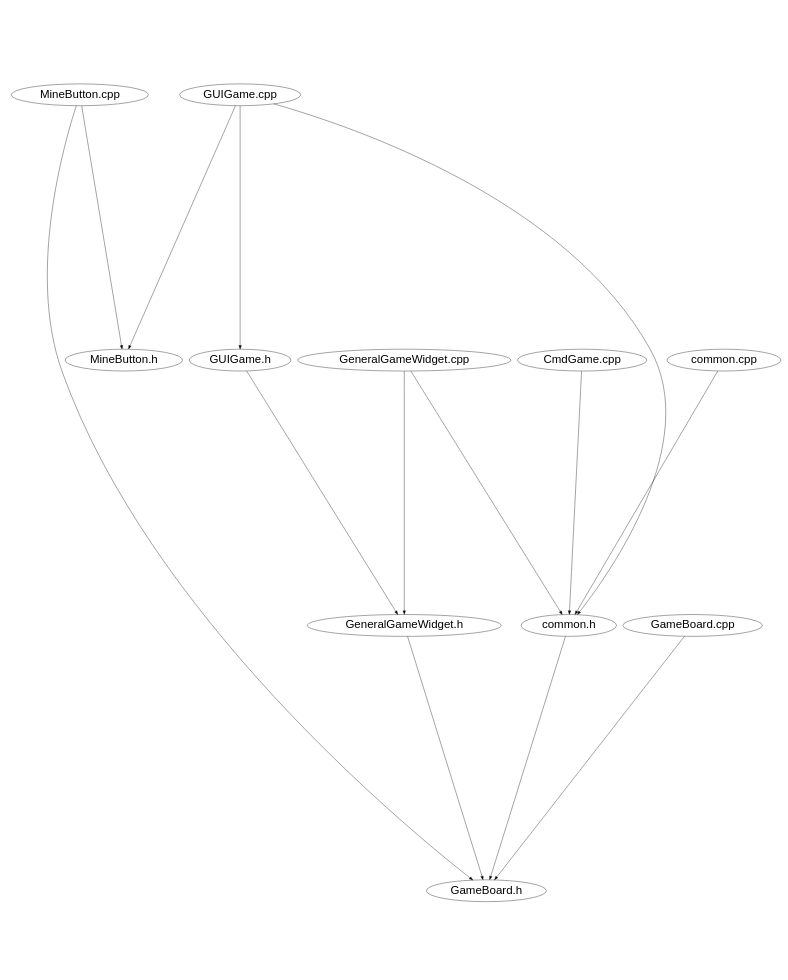
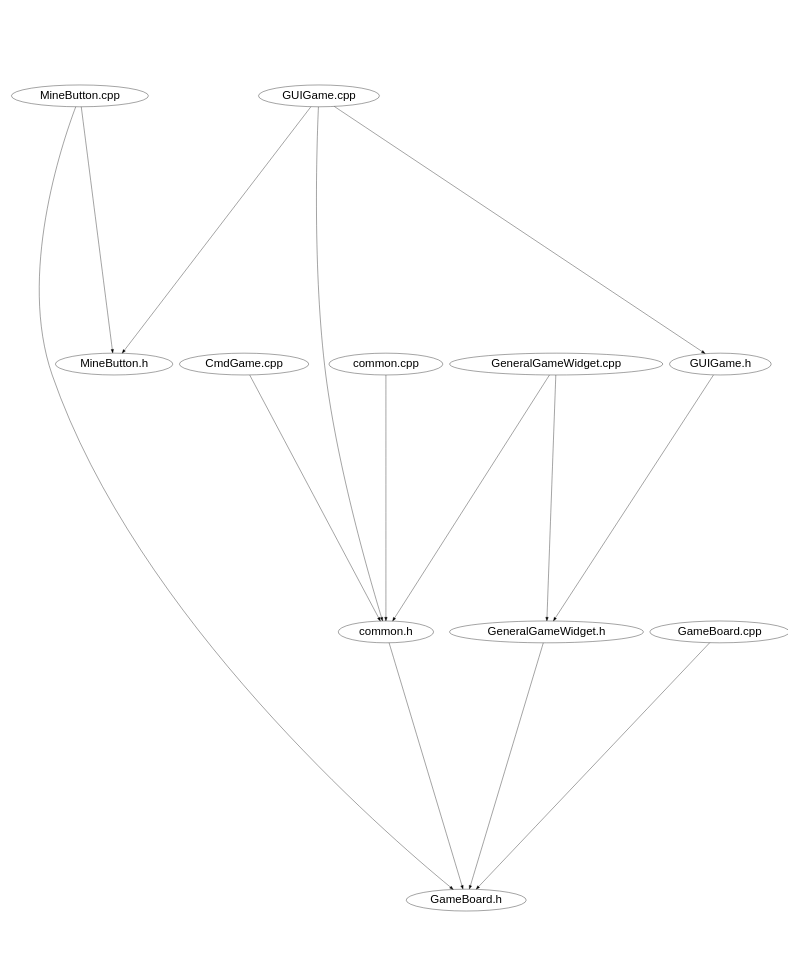
One commit to jeang-bo-yuan/oop-qt-project changed the diagram in minesweeper/doc/Include_Path.dot. Above: the diagram before and after it, drawn with Graphviz. The commit also changed other lines of this file and 4 other files, not shown here.

```diff
--- a/minesweeper/doc/Include_Path.dot
+++ b/minesweeper/doc/Include_Path.dot
@@ -1,22 +1,22 @@
 digraph "source tree" {
     overlap=scale;
     size="8,10";
     ratio="fill";
     fontsize="32";
     fontname="Helvetica";
 	node [fontsize="32", fontname="Helvetica"]
 	clusterrank="local";
 	"MineButton.cpp" -> "GameBoard.h"
+	"CmdGame.cpp" -> "common.h"
+	"GUIGame.cpp" -> "common.h"
+	"GUIGame.h" -> "GeneralGameWidget.h"
+	"GeneralGameWidget.cpp" -> "common.h"
+	"GUIGame.cpp" -> "GUIGame.h"
+	"GUIGame.cpp" -> "MineButton.h"
+	"MineButton.cpp" -> "MineButton.h"
+	"common.h" -> "GameBoard.h"
+	"GeneralGameWidget.h" -> "GameBoard.h"
+	"common.cpp" -> "common.h"
 	"GeneralGameWidget.cpp" -> "GeneralGameWidget.h"
-	"CmdGame.cpp" -> "common.h"
-	"MineButton.cpp" -> "MineButton.h"
-	"GUIGame.cpp" -> "MineButton.h"
-	"common.cpp" -> "common.h"
-	"GUIGame.cpp" -> "GUIGame.h"
-	"GeneralGameWidget.cpp" -> "common.h"
-	"GUIGame.cpp" -> "common.h"
 	"GameBoard.cpp" -> "GameBoard.h"
-	"GUIGame.h" -> "GeneralGameWidget.h"
-	"GeneralGameWidget.h" -> "GameBoard.h"
-	"common.h" -> "GameBoard.h"
 }
```
